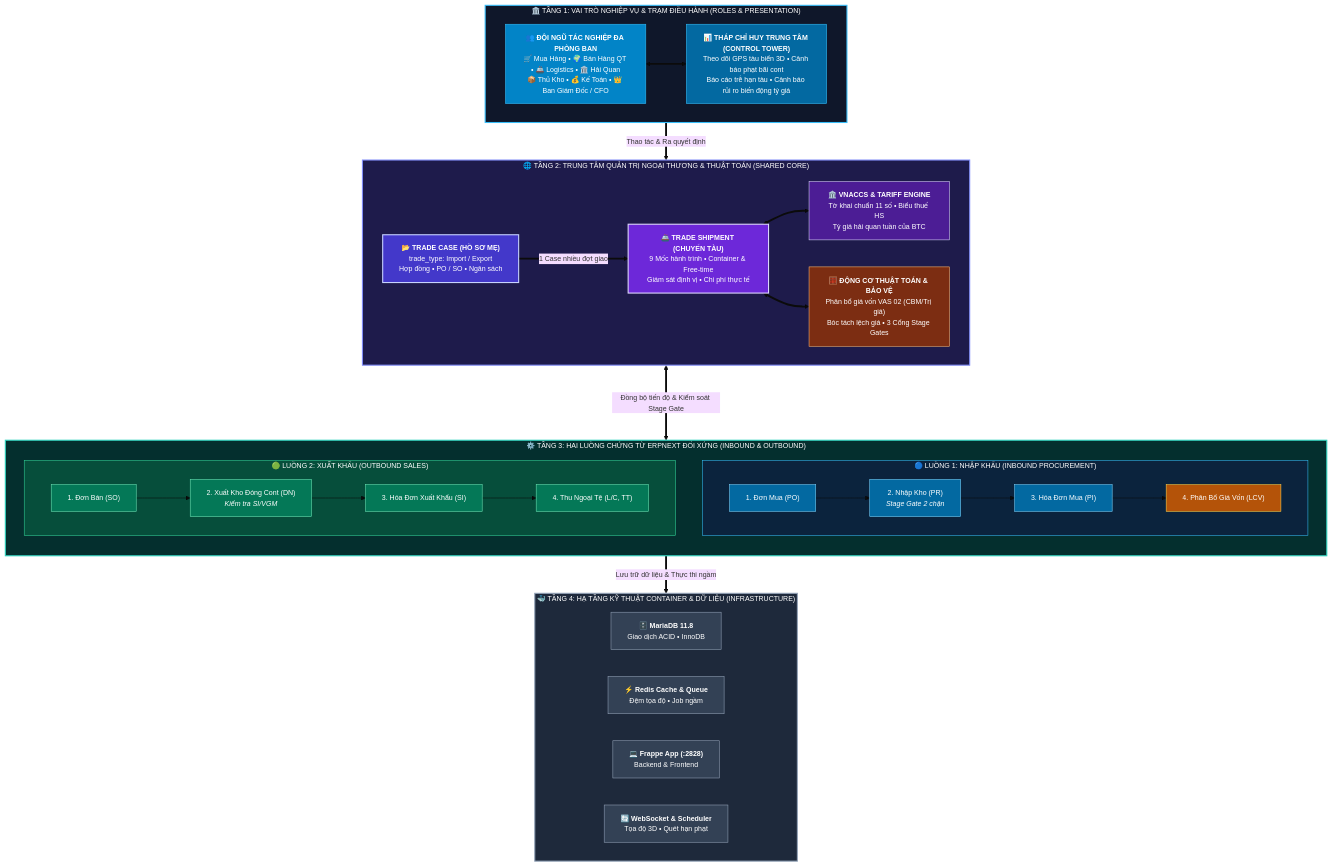
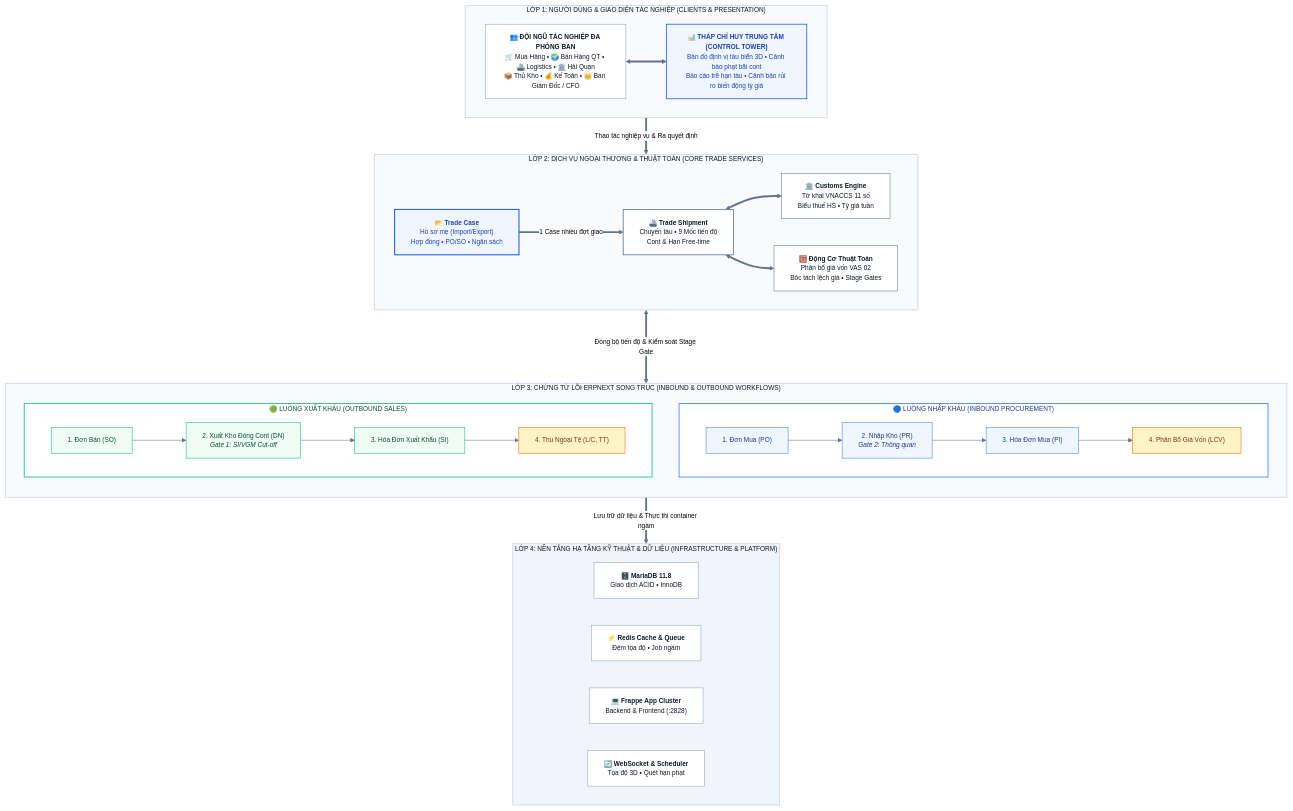
One commit to capkimkhanh2k5/Logistics_ERPNext_RAG changed the first of 3 diagrams in KIEN_TRUC_HE_THONG_QUAN_TRI_XUAT_NHAP_KHAU.md. Above: the diagram before and after it, drawn with Mermaid. The commit also changed other lines of this file, not shown here.

Commit message:
docs: update system architecture diagram to clean Microsoft Teams design language

````diff
--- a/KIEN_TRUC_HE_THONG_QUAN_TRI_XUAT_NHAP_KHAU.md
+++ b/KIEN_TRUC_HE_THONG_QUAN_TRI_XUAT_NHAP_KHAU.md
@@ -28,25 +28,25 @@
 ```mermaid
-%%{init: {'theme': 'base', 'themeVariables': { 'fontFamily': 'Segoe UI, Arial, sans-serif', 'fontSize': '13px'}}}%%
+%%{init: {'theme': 'neutral', 'themeVariables': { 'fontFamily': 'Segoe UI, Arial, sans-serif', 'fontSize': '12px', 'lineColor': '#64748B'}}}%%
 flowchart TD
     %% ==========================================
-    %% TẦNG 1: CON NGƯỜI & ĐIỀU HÀNH
+    %% LỚP 1: CON NGƯỜI & ĐIỀU HÀNH (CLIENTS & WORKSPACES)
     %% ==========================================
-    subgraph T1["🏛️ TẦNG 1: VAI TRÒ NGHIỆP VỤ & TRẠM ĐIỀU HÀNH (ROLES & PRESENTATION)"]
+    subgraph T1["LỚP 1: NGƯỜI DÙNG & GIAO DIỆN TÁC NGHIỆP (CLIENTS & PRESENTATION)"]
         direction LR
         ROLES["👥 <b>ĐỘI NGŨ TÁC NGHIỆP ĐA PHÒNG BAN</b><br>🛒 Mua Hàng • 🌍 Bán Hàng QT • 🚢 Logistics • 🏛️ Hải Quan<br>📦 Thủ Kho • 💰 Kế Toán • 👑 Ban Giám Đốc / CFO"]
-        DASH["📊 <b>THÁP CHỈ HUY TRUNG TÂM (CONTROL TOWER)</b><br>Theo dõi GPS tàu biển 3D • Cảnh báo phạt bãi cont<br>Báo cáo trễ hạn tàu • Cảnh báo rủi ro biến động tỷ giá"]
+        DASH["📊 <b>THÁP CHỈ HUY TRUNG TÂM (CONTROL TOWER)</b><br>Bản đồ định vị tàu biển 3D • Cảnh báo phạt bãi cont<br>Báo cáo trễ hạn tàu • Cảnh báo rủi ro biến động tỷ giá"]
         ROLES <==> DASH
     end
 
     %% ==========================================
-    %% TẦNG 2: TRỤC QUẢN TRỊ NGOẠI THƯƠNG
+    %% LỚP 2: TRUNG TÂM QUẢN TRỊ NGOẠI THƯƠNG
     %% ==========================================
-    subgraph T2["🌐 TẦNG 2: TRUNG TÂM QUẢN TRỊ NGOẠI THƯƠNG & THUẬT TOÁN (SHARED CORE)"]
+    subgraph T2["LỚP 2: DỊCH VỤ NGOẠI THƯƠNG & THUẬT TOÁN (CORE TRADE SERVICES)"]
         direction LR
-        TC["📂 <b>TRADE CASE (HỒ SƠ MẸ)</b><br>trade_type: Import / Export<br>Hợp đồng • PO / SO • Ngân sách"]
-        TS["🚢 <b>TRADE SHIPMENT (CHUYẾN TÀU)</b><br>9 Mốc hành trình • Container & Free-time<br>Giám sát định vị • Chi phí thực tế"]
-        VNACCS["🏛️ <b>VNACCS & TARIFF ENGINE</b><br>Tờ khai chuẩn 11 số • Biểu thuế HS<br>Tỷ giá hải quan tuần của BTC"]
-        LOGIC["🧮 <b>ĐỘNG CƠ THUẬT TOÁN & BẢO VỆ</b><br>Phân bổ giá vốn VAS 02 (CBM/Trị giá)<br>Bóc tách lệch giá • 3 Cổng Stage Gates"]
+        TC["📂 <b>Trade Case</b><br>Hồ sơ mẹ (Import/Export)<br>Hợp đồng • PO/SO • Ngân sách"]
+        TS["🚢 <b>Trade Shipment</b><br>Chuyến tàu • 9 Mốc tiến độ<br>Cont & Hạn Free-time"]
+        VNACCS["🏛️ <b>Customs Engine</b><br>Tờ khai VNACCS 11 số<br>Biểu thuế HS • Tỷ giá tuần"]
+        LOGIC["🧮 <b>Động Cơ Thuật Toán</b><br>Phân bổ giá vốn VAS 02<br>Bóc tách lệch giá • Stage Gates"]
         
         TC ==>|"1 Case nhiều đợt giao"| TS
         TS <==> VNACCS
@@ -54,69 +54,69 @@
     end
 
     %% ==========================================
-    %% TẦNG 3: HAI LUỒNG CHỨNG TỪ SONG SONG
+    %% LỚP 3: HAI LUỒNG CHỨNG TỪ SONG SONG
     %% ==========================================
-    subgraph T3["⚙️ TẦNG 3: HAI LUỒNG CHỨNG TỪ ERPNEXT ĐỐI XỨNG (INBOUND & OUTBOUND)"]
+    subgraph T3["LỚP 3: CHỨNG TỪ LÕI ERPNEXT SONG TRỤC (INBOUND & OUTBOUND WORKFLOWS)"]
         direction TB
-        subgraph LUONG_NHAP["🔵 LUỒNG 1: NHẬP KHẨU (INBOUND PROCUREMENT)"]
+        subgraph LUONG_NHAP["🔵 LUỒNG NHẬP KHẨU (INBOUND PROCUREMENT)"]
             direction LR
-            PO["1. Đơn Mua (PO)"] --> PR["2. Nhập Kho (PR)<br><i>Stage Gate 2 chặn</i>"] --> PI["3. Hóa Đơn Mua (PI)"] --> LCV["4. Phân Bổ Giá Vốn (LCV)"]
+            PO["1. Đơn Mua (PO)"] --> PR["2. Nhập Kho (PR)<br><i>Gate 2: Thông quan</i>"] --> PI["3. Hóa Đơn Mua (PI)"] --> LCV["4. Phân Bổ Giá Vốn (LCV)"]
         end
-        subgraph LUONG_XUAT["🟢 LUỒNG 2: XUẤT KHẨU (OUTBOUND SALES)"]
+        subgraph LUONG_XUAT["🟢 LUỒNG XUẤT KHẨU (OUTBOUND SALES)"]
             direction LR
-            SO["1. Đơn Bán (SO)"] --> DN["2. Xuất Kho Đóng Cont (DN)<br><i>Kiểm tra SI/VGM</i>"] --> SI["3. Hóa Đơn Xuất Khẩu (SI)"] --> PAY["4. Thu Ngoại Tệ (L/C, TT)"]
+            SO["1. Đơn Bán (SO)"] --> DN["2. Xuất Kho Đóng Cont (DN)<br><i>Gate 1: SI/VGM Cut-off</i>"] --> SI["3. Hóa Đơn Xuất Khẩu (SI)"] --> PAY["4. Thu Ngoại Tệ (L/C, TT)"]
         end
     end
 
     %% ==========================================
-    %% TẦNG 4: HẠ TẦNG KỸ THUẬT CONTAINER
+    %% LỚP 4: HẠ TẦNG KỸ THUẬT CONTAINER
     %% ==========================================
-    subgraph T4["🐳 TẦNG 4: HẠ TẦNG KỸ THUẬT CONTAINER & DỮ LIỆU (INFRASTRUCTURE)"]
+    subgraph T4["LỚP 4: NỀN TẢNG HẠ TẦNG KỸ THUẬT & DỮ LIỆU (INFRASTRUCTURE & PLATFORM)"]
         direction LR
-        DB["🗄️ <b>MariaDB 11.8</b><br>Giao dịch ACID • InnoDB"]
-        REDIS["⚡ <b>Redis Cache & Queue</b><br>Đệm tọa độ • Job ngầm"]
-        APP["💻 <b>Frappe App (:2828)</b><br>Backend & Frontend"]
-        SOCK["🔄 <b>WebSocket & Scheduler</b><br>Tọa độ 3D • Quét hạn phạt"]
+        INFRA_DB["🗄️ <b>MariaDB 11.8</b><br>Giao dịch ACID • InnoDB"]
+        INFRA_REDIS["⚡ <b>Redis Cache & Queue</b><br>Đệm tọa độ • Job ngầm"]
+        INFRA_APP["💻 <b>Frappe App Cluster</b><br>Backend & Frontend (:2828)"]
+        INFRA_SOCK["🔄 <b>WebSocket & Scheduler</b><br>Tọa độ 3D • Quét hạn phạt"]
     end
 
     %% ==========================================
-    %% LIÊN KẾT ĐA TẦNG DỌC
+    %% LIÊN KẾT ĐA TẦNG DỌC CHUẨN MSTEAMS
     %% ==========================================
-    T1 ==>|"Thao tác & Ra quyết định"| T2
+    T1 ==>|"Thao tác nghiệp vụ & Ra quyết định"| T2
     T2 <===>|"Đồng bộ tiến độ & Kiểm soát Stage Gate"| T3
-    T3 ==>|"Lưu trữ dữ liệu & Thực thi ngầm"| T4
+    T3 ==>|"Lưu trữ dữ liệu & Thực thi container ngầm"| T4
 
     %% ==========================================
-    %% PHỐI MÀU GIAO DIỆN DARK TECH
+    %% PHỐI MÀU CHUẨN MSTEAMS (LIGHT ENTERPRISE CLEAN)
     %% ==========================================
-    style T1 fill:#0F172A,stroke:#38BDF8,stroke-width:2px,color:#FFFFFF
-    style T2 fill:#1E1B4B,stroke:#818CF8,stroke-width:2px,color:#FFFFFF
-    style T3 fill:#042F2E,stroke:#2DD4BF,stroke-width:2px,color:#FFFFFF
-    style T4 fill:#1E293B,stroke:#94A3B8,stroke-width:2px,color:#FFFFFF
+    style T1 fill:#F8FAFC,stroke:#CBD5E1,stroke-width:1.5px,color:#0F172A
+    style T2 fill:#F8FAFC,stroke:#CBD5E1,stroke-width:1.5px,color:#0F172A
+    style T3 fill:#F8FAFC,stroke:#CBD5E1,stroke-width:1.5px,color:#0F172A
+    style T4 fill:#F1F5F9,stroke:#CBD5E1,stroke-width:1.5px,color:#0F172A
 
-    style LUONG_NHAP fill:#0B233D,stroke:#38BDF8,color:#FFFFFF
-    style LUONG_XUAT fill:#064E3B,stroke:#34D399,color:#FFFFFF
+    style LUONG_NHAP fill:#FFFFFF,stroke:#3B82F6,stroke-width:1.5px,color:#1E3A8A
+    style LUONG_XUAT fill:#FFFFFF,stroke:#10B981,stroke-width:1.5px,color:#064E3B
 
-    style ROLES fill:#0284C7,stroke:#38BDF8,color:#FFFFFF
-    style DASH fill:#0369A1,stroke:#38BDF8,color:#FFFFFF
+    style ROLES fill:#FFFFFF,stroke:#94A3B8,stroke-width:1px,color:#0F172A
+    style DASH fill:#EFF6FF,stroke:#2563EB,stroke-width:1.5px,color:#1E40AF
 
-    style TC fill:#4338CA,stroke:#C7D2FE,color:#FFFFFF,stroke-width:2px
-    style TS fill:#6D28D9,stroke:#DDD6FE,color:#FFFFFF,stroke-width:2px
-    style VNACCS fill:#4C1D95,stroke:#DDD6FE,color:#FFFFFF
-    style LOGIC fill:#7C2D12,stroke:#FDBA74,color:#FFFFFF
+    style TC fill:#EFF6FF,stroke:#2563EB,stroke-width:2px,color:#1E40AF
+    style TS fill:#FFFFFF,stroke:#64748B,stroke-width:1.5px,color:#0F172A
+    style VNACCS fill:#FFFFFF,stroke:#64748B,stroke-width:1px,color:#0F172A
+    style LOGIC fill:#FFFFFF,stroke:#64748B,stroke-width:1px,color:#0F172A
 
-    style PO fill:#0369A1,stroke:#7DD3FC,color:#FFFFFF
-    style PR fill:#0369A1,stroke:#7DD3FC,color:#FFFFFF
-    style PI fill:#0369A1,stroke:#7DD3FC,color:#FFFFFF
-    style LCV fill:#B45309,stroke:#FCD34D,color:#FFFFFF
+    style PO fill:#EFF6FF,stroke:#3B82F6,stroke-width:1px,color:#1E3A8A
+    style PR fill:#EFF6FF,stroke:#3B82F6,stroke-width:1px,color:#1E3A8A
+    style PI fill:#EFF6FF,stroke:#3B82F6,stroke-width:1px,color:#1E3A8A
+    style LCV fill:#FEF3C7,stroke:#D97706,stroke-width:1px,color:#78350F
 
-    style SO fill:#047857,stroke:#6EE7B7,color:#FFFFFF
-    style DN fill:#047857,stroke:#6EE7B7,color:#FFFFFF
-    style SI fill:#047857,stroke:#6EE7B7,color:#FFFFFF
-    style PAY fill:#047857,stroke:#6EE7B7,color:#FFFFFF
+    style SO fill:#F0FDF4,stroke:#10B981,stroke-width:1px,color:#064E3B
+    style DN fill:#F0FDF4,stroke:#10B981,stroke-width:1px,color:#064E3B
+    style SI fill:#F0FDF4,stroke:#10B981,stroke-width:1px,color:#064E3B
+    style PAY fill:#FEF3C7,stroke:#D97706,stroke-width:1px,color:#78350F
 
-    style DB fill:#334155,stroke:#94A3B8,color:#FFFFFF
-    style REDIS fill:#334155,stroke:#94A3B8,color:#FFFFFF
-    style APP fill:#334155,stroke:#94A3B8,color:#FFFFFF
-    style SOCK fill:#334155,stroke:#94A3B8,color:#FFFFFF
+    style INFRA_DB fill:#FFFFFF,stroke:#94A3B8,stroke-width:1px,color:#0F172A
+    style INFRA_REDIS fill:#FFFFFF,stroke:#94A3B8,stroke-width:1px,color:#0F172A
+    style INFRA_APP fill:#FFFFFF,stroke:#94A3B8,stroke-width:1px,color:#0F172A
+    style INFRA_SOCK fill:#FFFFFF,stroke:#94A3B8,stroke-width:1px,color:#0F172A
 ```
````
